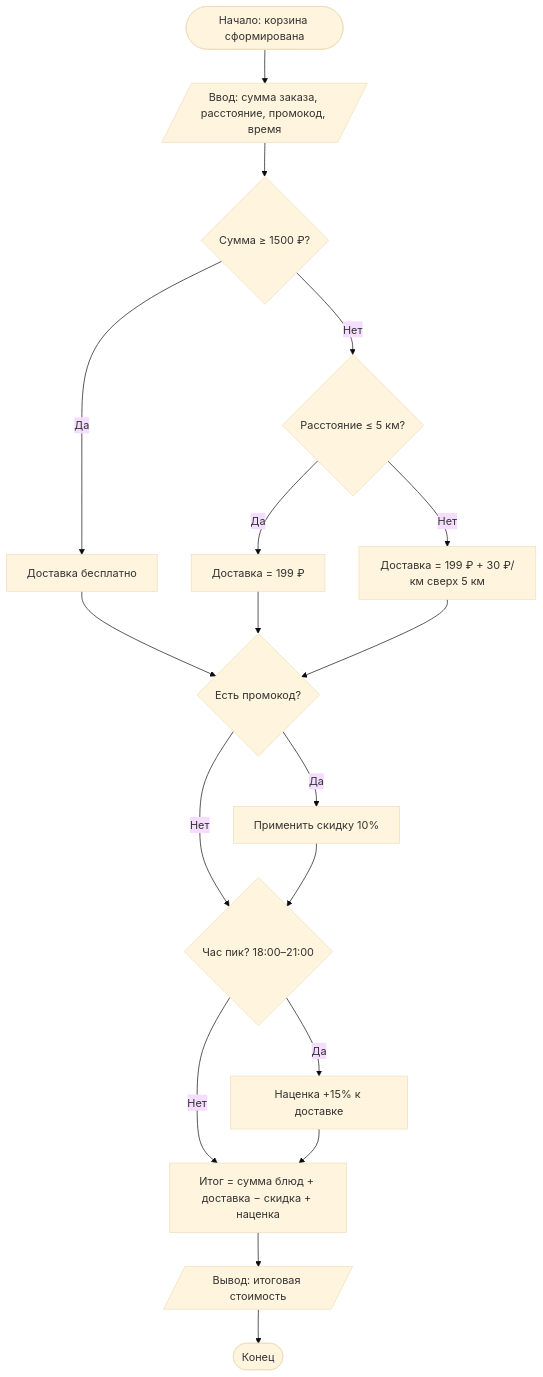
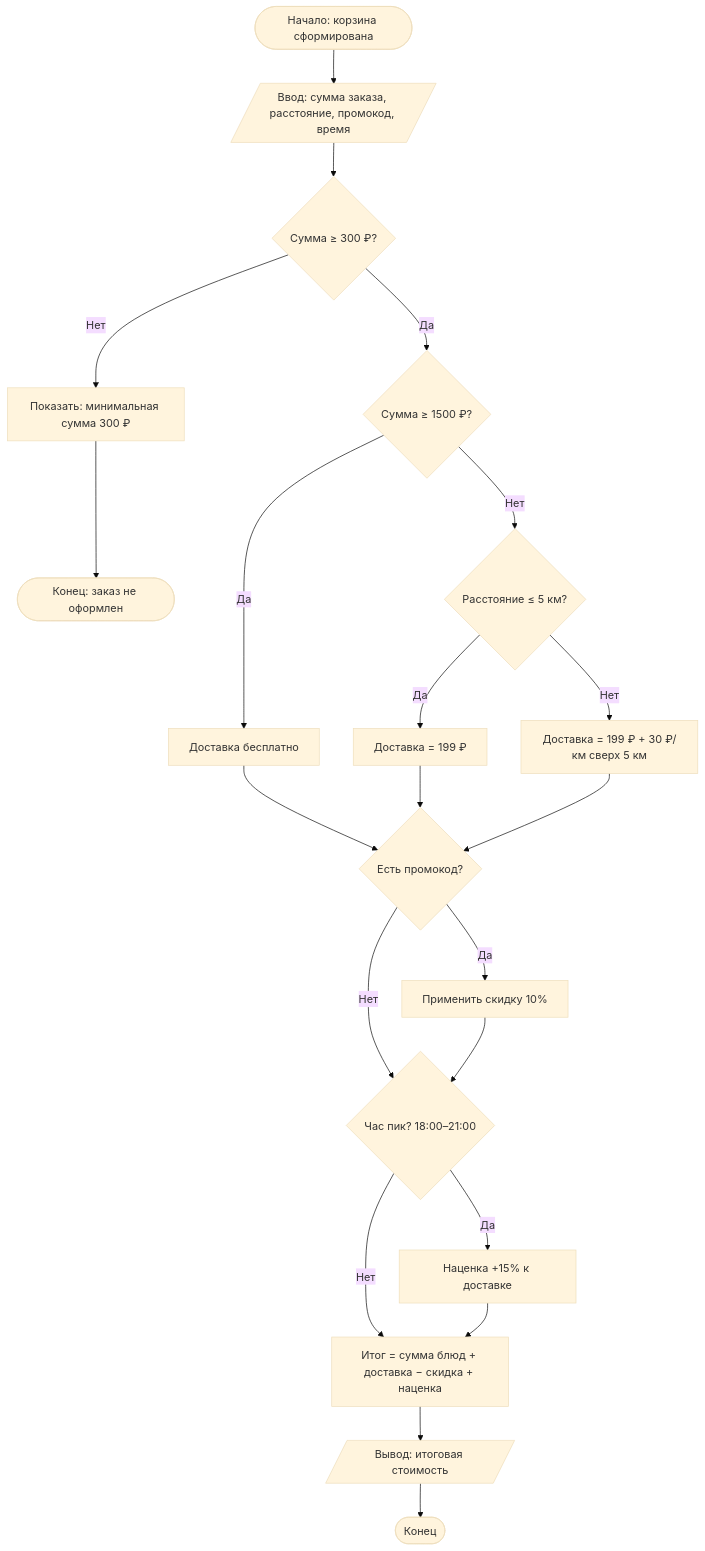
The diagram in lab1/docs/flowchart.md (paykxsss/visual-programming-labs-Nosko), drawn with Mermaid (base theme) before and after one commit. The commit also changed other lines of this file and 1 other file, not shown here.

Commit message:
Update Mermaid: add minimum order and balance check

````diff
--- a/lab1/docs/flowchart.md
+++ b/lab1/docs/flowchart.md
@@ -5,28 +5,32 @@
 ```mermaid
 flowchart TD
     Start([Начало: корзина сформирована]) --> Input[/Ввод: сумма заказа, расстояние, промокод, время/]
-    Input --> CheckFree{Сумма ≥ 1500 ₽?}
+    Input --> MinCheck{Сумма ≥ 300 ₽?}
 
+    MinCheck -- Нет --> TooSmall[Показать: минимальная сумма 300 ₽]
+    TooSmall --> End2([Конец: заказ не оформлен])
+
+    MinCheck -- Да --> CheckFree{Сумма ≥ 1500 ₽?}
     CheckFree -- Да --> FreeDelivery[Доставка бесплатно]
     CheckFree -- Нет --> CheckDistance{Расстояние ≤ 5 км?}
 
     CheckDistance -- Да --> BaseDelivery[Доставка = 199 ₽]
     CheckDistance -- Нет --> FarDelivery[Доставка = 199 ₽ + 30 ₽/км сверх 5 км]
 
     FreeDelivery --> CheckPromo
     BaseDelivery --> CheckPromo
     FarDelivery --> CheckPromo
 
     CheckPromo{Есть промокод?}
     CheckPromo -- Да --> ApplyPromo[Применить скидку 10%]
     CheckPromo -- Нет --> CheckPeak
 
     ApplyPromo --> CheckPeak{Час пик? 18:00–21:00}
 
     CheckPeak -- Да --> AddPeak[Наценка +15% к доставке]
     CheckPeak -- Нет --> Total
 
     AddPeak --> Total[Итог = сумма блюд + доставка − скидка + наценка]
     Total --> Output[/Вывод: итоговая стоимость/]
     Output --> End([Конец])
 ```
````
